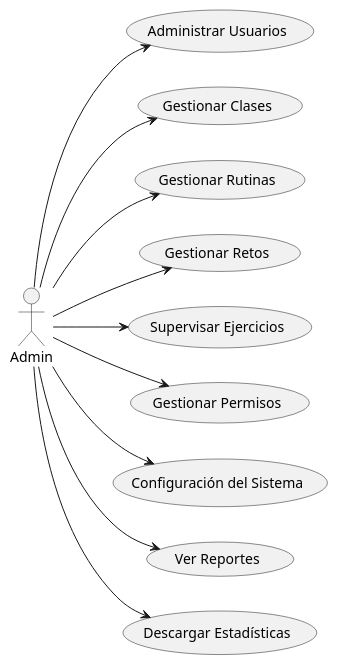
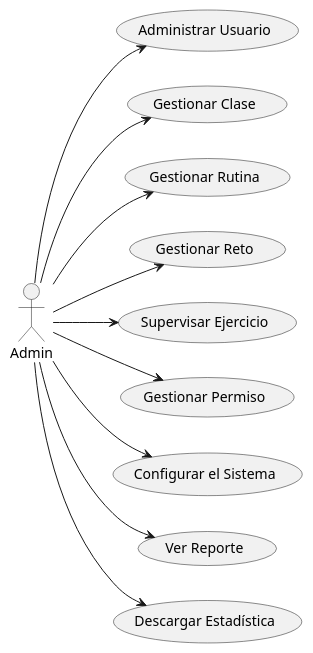
Before and after one commit to mmasias/24-25-IdSw1-SDR: the diagram in Documentos/CasosUso/CdU_Admin.puml, drawn with PlantUML.

Commit message:
singular

```diff
--- a/Documentos/CasosUso/CdU_Admin.puml
+++ b/Documentos/CasosUso/CdU_Admin.puml
@@ -1,28 +1,28 @@
 @startuml
 left to right direction
 
 actor Admin
 
-usecase "Administrar Usuarios" as AdministrarUsuarios
-usecase "Gestionar Clases" as GestionarClases
-usecase "Gestionar Rutinas" as GestionarRutinas
-usecase "Gestionar Retos" as GestionarRetos
-usecase "Supervisar Ejercicios" as SupervisarEjercicios
+usecase "Administrar Usuario" as AdministrarUsuarios
+usecase "Gestionar Clase" as GestionarClases
+usecase "Gestionar Rutina" as GestionarRutinas
+usecase "Gestionar Reto" as GestionarRetos
+usecase "Supervisar Ejercicio" as SupervisarEjercicios
 
-usecase "Gestionar Permisos" as GestionarPermisos
-usecase "Configuración del Sistema" as ConfigurarSistema
-usecase "Ver Reportes" as VerReportes
-usecase "Descargar Estadísticas" as DescargarEstadisticas
+usecase "Gestionar Permiso" as GestionarPermisos
+usecase "Configurar el Sistema" as ConfigurarSistema
+usecase "Ver Reporte" as VerReportes
+usecase "Descargar Estadística" as DescargarEstadisticas
 
 Admin --> AdministrarUsuarios
 Admin --> GestionarClases
 Admin --> GestionarRutinas
 Admin --> GestionarRetos
 
 Admin --> SupervisarEjercicios
 Admin --> GestionarPermisos
 Admin --> ConfigurarSistema
 Admin --> VerReportes
 Admin --> DescargarEstadisticas
 
 @enduml
```
